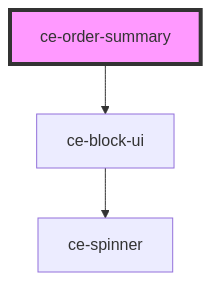
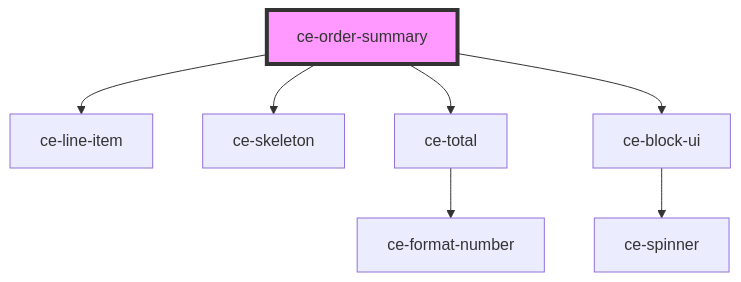
The diagram in packages/components/src/components/controllers/order-summary/readme.md (surecart/surecart-wp-plugin), drawn with Mermaid before and after one commit. The commit also changed other lines of this file and 59 other files, not shown here.

````diff
--- a/packages/components/src/components/controllers/order-summary/readme.md
+++ b/packages/components/src/components/controllers/order-summary/readme.md
@@ -24,6 +30,10 @@
 ```mermaid
 graph TD;
+  ce-order-summary --> ce-line-item
+  ce-order-summary --> ce-skeleton
+  ce-order-summary --> ce-total
   ce-order-summary --> ce-block-ui
+  ce-total --> ce-format-number
   ce-block-ui --> ce-spinner
   style ce-order-summary fill:#f9f,stroke:#333,stroke-width:4px
 ```
````
